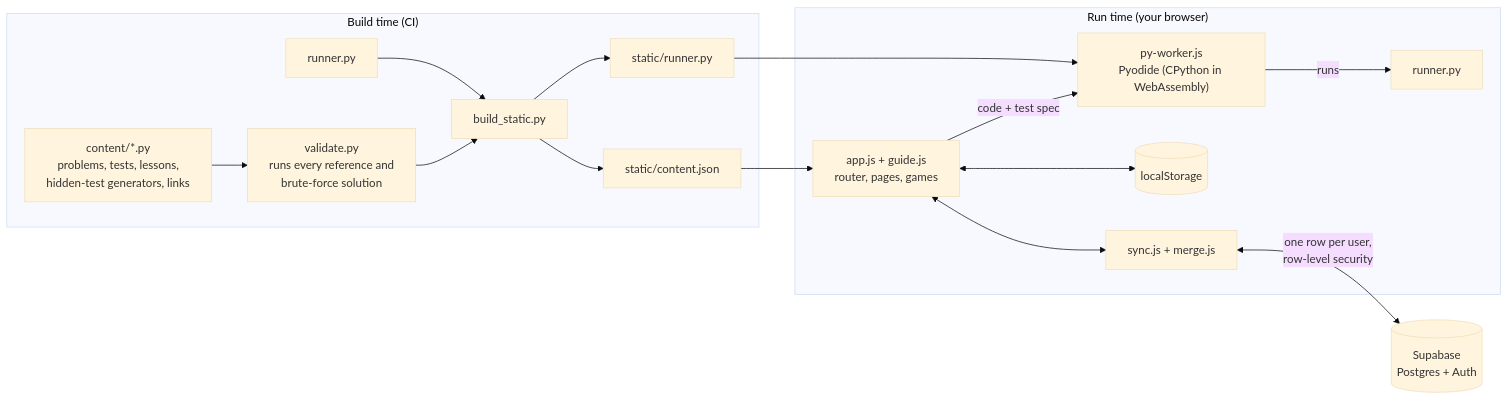
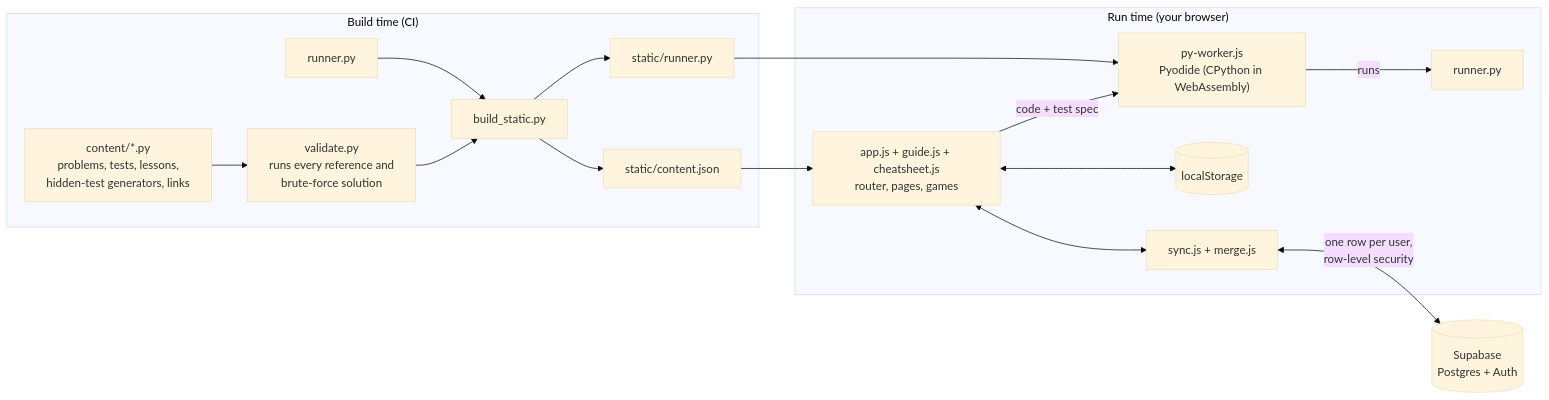
The diagram in docs/ARCHITECTURE.md (NAIRBS/pattern-gym), drawn with Mermaid (base theme) before and after one commit. The commit also changed other lines of this file and 6 other files, not shown here.

````diff
--- a/docs/ARCHITECTURE.md
+++ b/docs/ARCHITECTURE.md
@@ -31,19 +31,19 @@
 ```mermaid
 flowchart LR
   subgraph Build["Build time (CI)"]
     A["content/*.py<br/>problems, tests, lessons,<br/>hidden-test generators, links"] --> V["validate.py<br/>runs every reference and<br/>brute-force solution"]
     V --> B["build_static.py"]
     B --> J["static/content.json"]
     R["runner.py"] --> B
     B --> R2["static/runner.py"]
   end
   subgraph Browser["Run time (your browser)"]
-    UI["app.js + guide.js<br/>router, pages, games"] -->|code + test spec| W["py-worker.js<br/>Pyodide (CPython in WebAssembly)"]
+    UI["app.js + guide.js + cheatsheet.js<br/>router, pages, games"] -->|code + test spec| W["py-worker.js<br/>Pyodide (CPython in WebAssembly)"]
     W -->|runs| R3["runner.py"]
     UI <--> LS[("localStorage")]
     UI <--> SY["sync.js + merge.js"]
   end
   J --> UI
   R2 --> W
   SY <-->|"one row per user,<br/>row-level security"| SB[("Supabase<br/>Postgres + Auth")]
 ```
````
